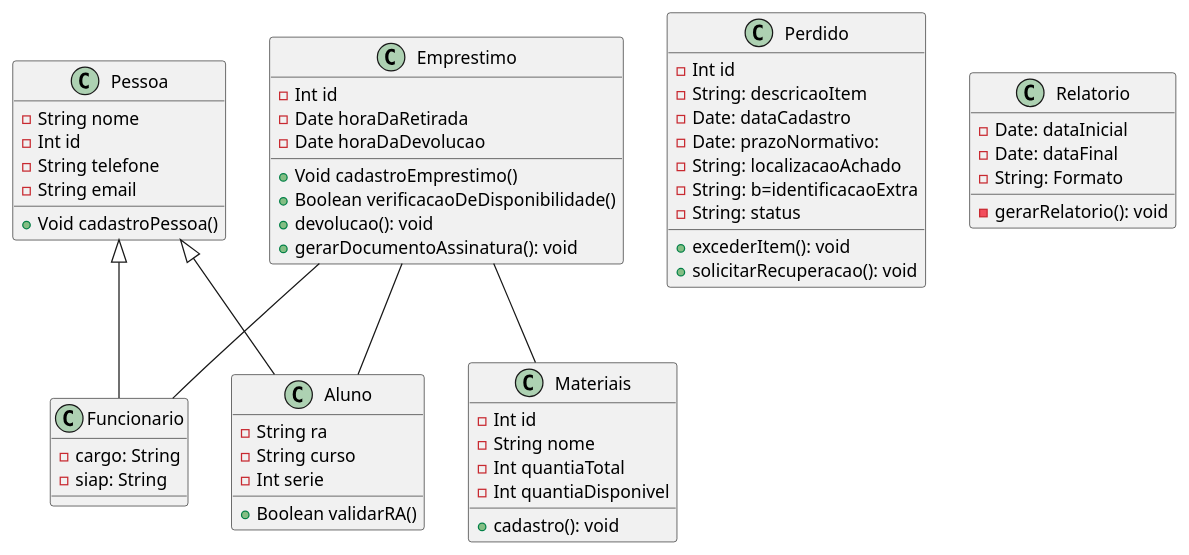
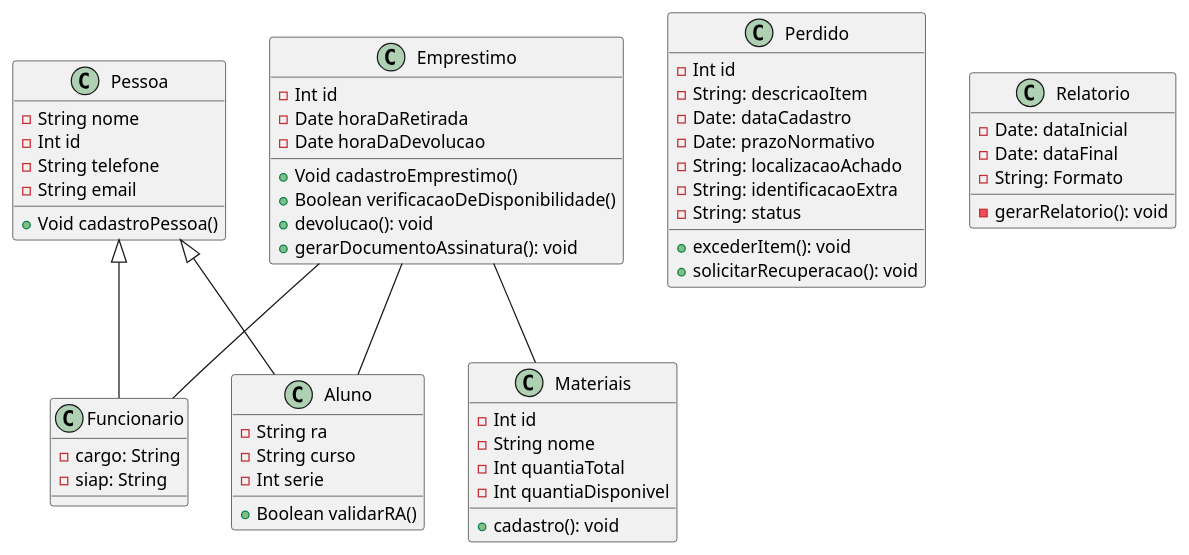
The diagram in diagramaDeClasse.puml (danielalvesmoura/APS-Compartilhado), drawn with PlantUML before and after one commit.

```diff
--- a/diagramaDeClasse.puml
+++ b/diagramaDeClasse.puml
@@ -1,72 +1,72 @@
 @startuml   
 
 class Pessoa { 
     -String nome
     -Int id
     -String telefone
     -String email
 
     +Void cadastroPessoa()
 }
  
 class Aluno {
     -String ra
     -String curso
     -Int serie
 
     +Boolean validarRA()
 }
 
 class Funcionario {
     -cargo: String
     -siap: String
 }
 
 class Materiais {
     -Int id
     -String nome
     -Int quantiaTotal
     -Int quantiaDisponivel
 
     +cadastro(): void
 }
 
 class Emprestimo{
     -Int id
     -Date horaDaRetirada
     -Date horaDaDevolucao
 
     +Void cadastroEmprestimo()
     +Boolean verificacaoDeDisponibilidade()
     +devolucao(): void
     +gerarDocumentoAssinatura(): void
 }
 
 class Perdido {
     -Int id
     -String: descricaoItem
     -Date: dataCadastro
-    -Date: prazoNormativo: 
+    -Date: prazoNormativo
     -String: localizacaoAchado
-    -String: b=identificacaoExtra
+    -String: identificacaoExtra
     -String: status
     +excederItem(): void
     +solicitarRecuperacao(): void
 }
 
 class Relatorio {
     -Date: dataInicial
     -Date: dataFinal
     -String: Formato
     -gerarRelatorio(): void
 }
 
 
 Pessoa <|-- Aluno
 Pessoa <|-- Funcionario
 Emprestimo -- Materiais
 Emprestimo -- Aluno
 Emprestimo -- Funcionario
 
 
 @enduml
```
